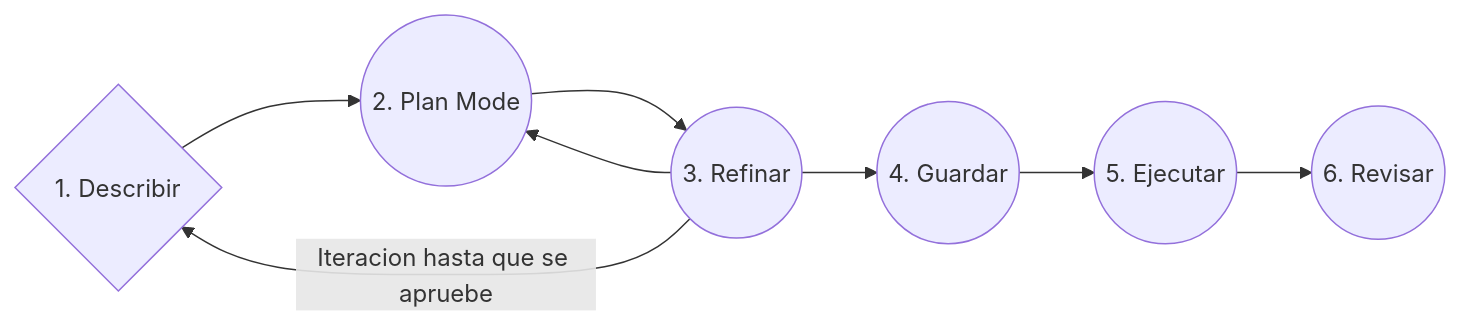
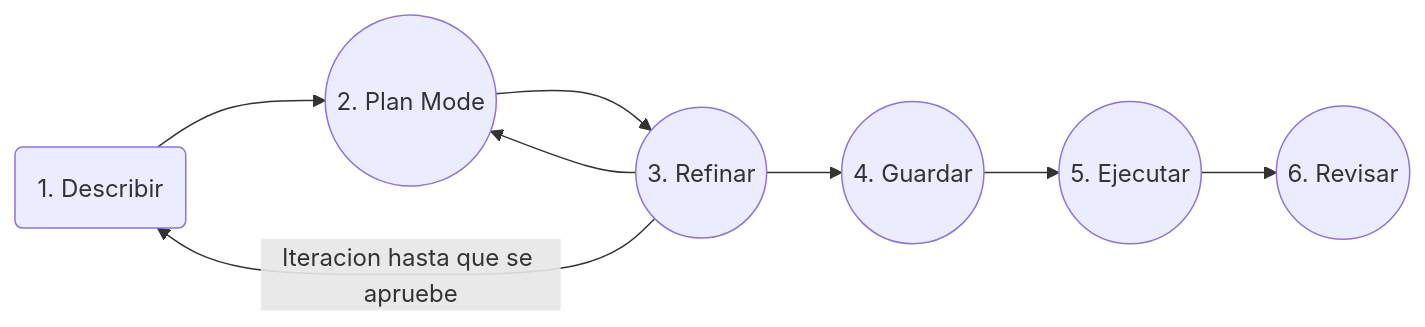
The diagram in OpenCode/SpecDrivenDevelopment.md (sramire3000/documentacion), drawn with Mermaid before and after one commit.

Commit message:
Fix formatting in SpecDrivenDevelopment.md

````diff
--- a/OpenCode/SpecDrivenDevelopment.md
+++ b/OpenCode/SpecDrivenDevelopment.md
@@ -4,10 +4,10 @@
 ```mermaid
 graph LR
-A{1. Describir} --> B((2. Plan Mode))
+A(1. Describir) --> B((2. Plan Mode))
 B --> C((3. Refinar))
 C -- Iteracion hasta que se apruebe --> A
 C --> B
 C --> D((4. Guardar))
 D --> E((5. Ejecutar))
 E --> F((6. Revisar))
 ```
````
